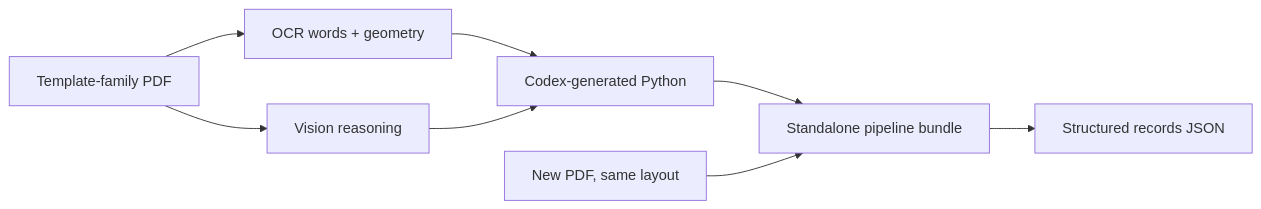
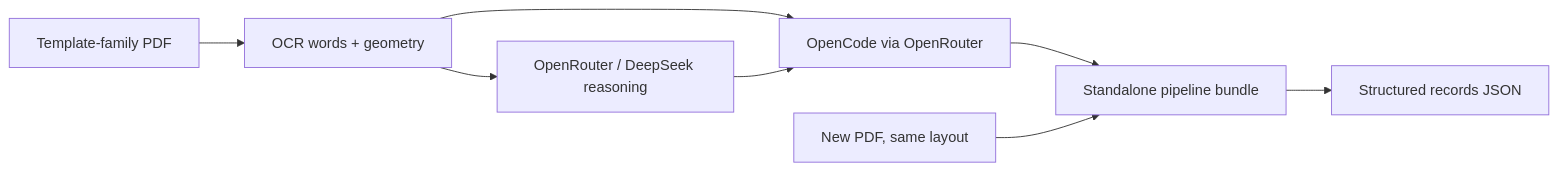
The first of 6 diagrams in README.md (riccardobollati/twix_2), drawn with Mermaid before and after one commit. The commit also changed other lines of this file and 43 other files, not shown here.

Commit message:
open code integration and updated doc files

````diff
--- a/README.md
+++ b/README.md
@@ -28,10 +30,10 @@
 ```mermaid
 flowchart LR
     A["Template-family PDF"] --> B["OCR words + geometry"]
-    A --> C["Vision reasoning"]
-    B --> D["Codex-generated Python"]
+    B --> C["OpenRouter / DeepSeek reasoning"]
+    B --> D["OpenCode via OpenRouter"]
     C --> D
     D --> E["Standalone pipeline bundle"]
     E --> F["Structured records JSON"]
     G["New PDF, same layout"] --> E
 ```
````
